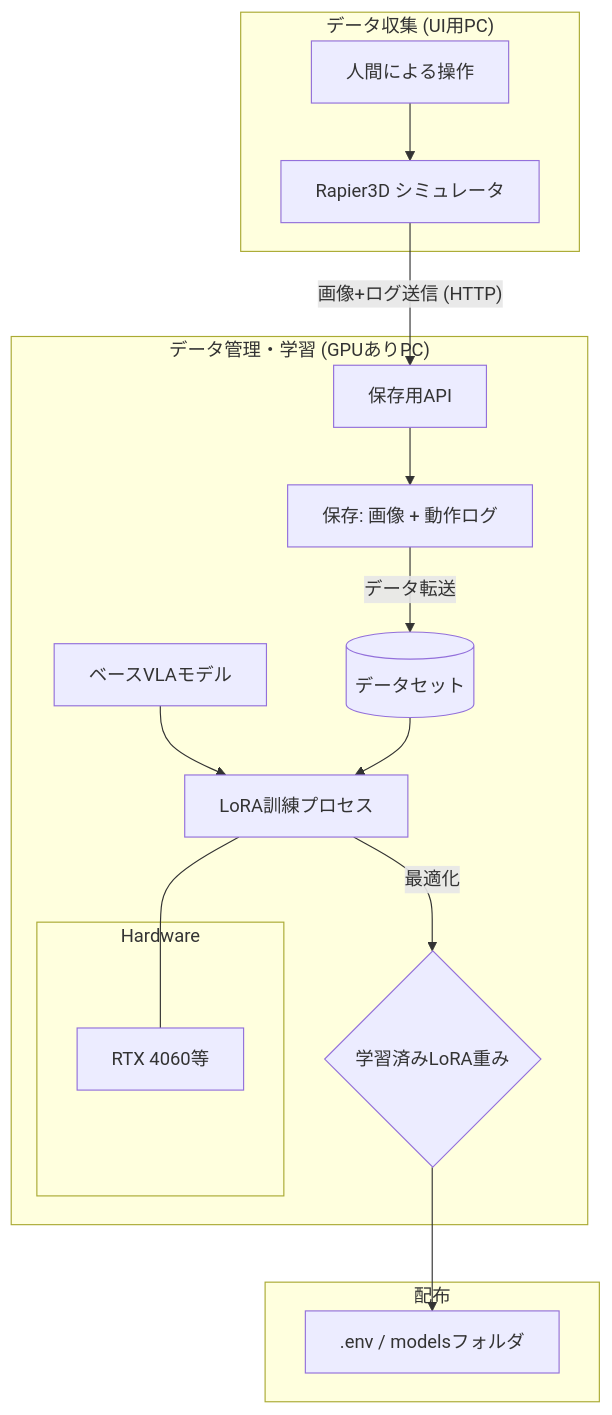
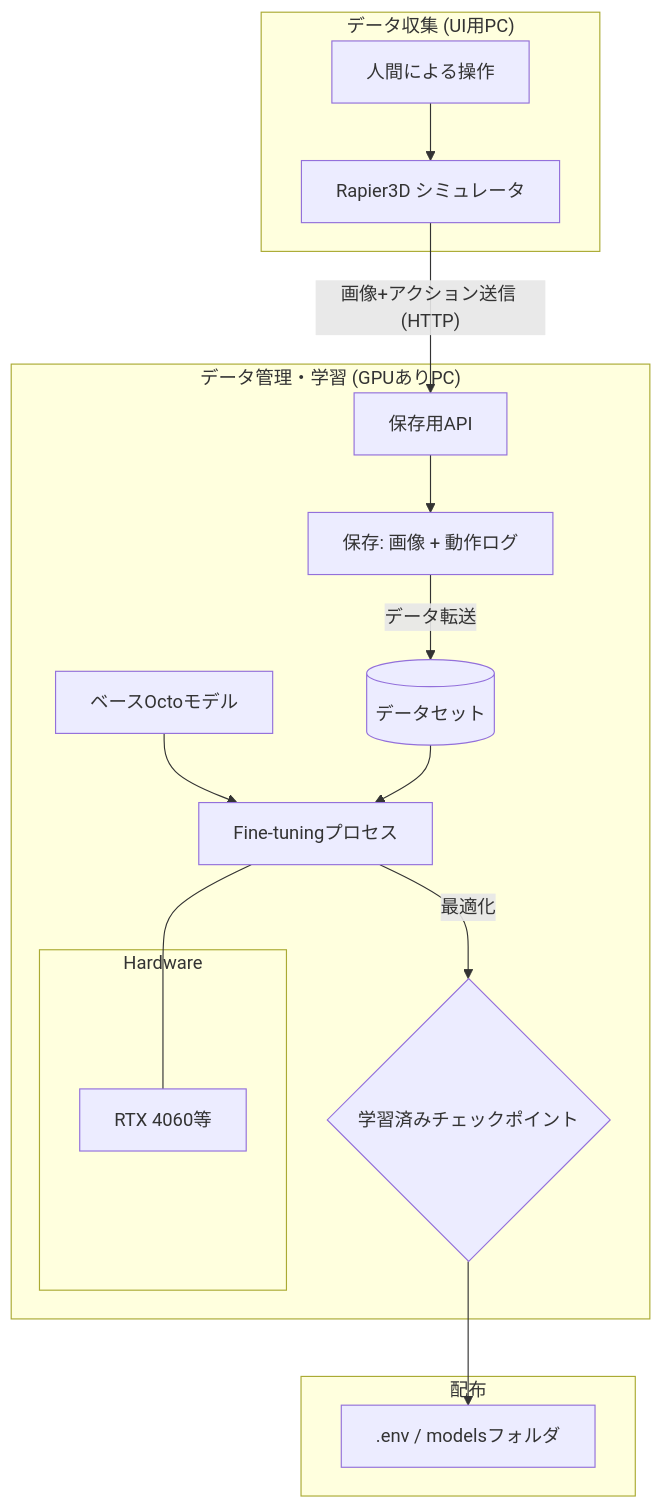
Before and after one commit to NearMugi/vla-simulator: the third of 4 diagrams in README.md, drawn with Mermaid. The commit also changed other lines of this file and 2 other files, not shown here.

Commit message:
docs: update project documentation and roadmap progress

````diff
--- a/README.md
+++ b/README.md
@@ -102,25 +100,25 @@
 ```mermaid
 graph TD
     subgraph "データ収集 (UI用PC)"
         H[人間による操作] --> I[Rapier3D シミュレータ]
     end
 
     subgraph "データ管理・学習 (GPUありPC)"
-        I -- "画像+ログ送信 (HTTP)" --> API_S[保存用API]
+        I -- "画像+アクション送信 (HTTP)" --> API_S[保存用API]
         API_S --> J[保存: 画像 + 動作ログ]
         J -- "データ転送" --> K[(データセット)]
         
-        L[ベースVLAモデル] --> M[LoRA訓練プロセス]
+        L[ベースOctoモデル] --> M[Fine-tuningプロセス]
         K --> M
-        M -- "最適化" --> N{学習済みLoRA重み}
+        M -- "最適化" --> N{学習済みチェックポイント}
         
         subgraph "Hardware"
             O[RTX 4060等]
         end
         M --- O
     end
 
     subgraph "配布"
         N --> P[.env / modelsフォルダ]
     end
 ```
````
